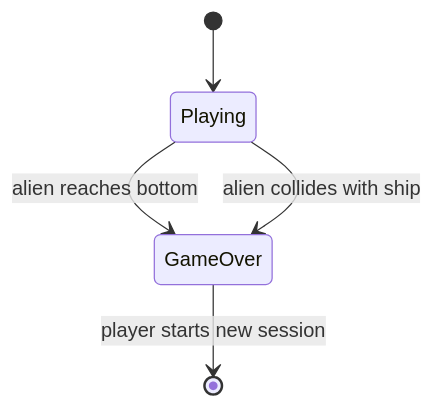
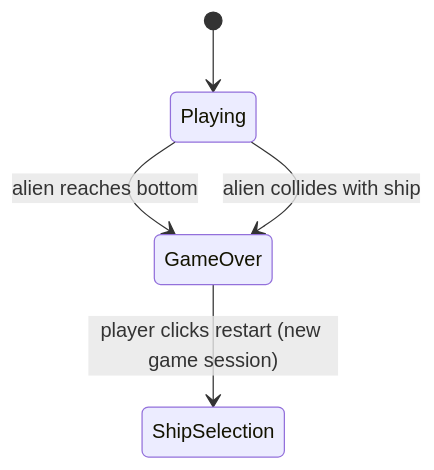
Before and after one commit to akmaier/AlienInvasion: the diagram in docs/use-cases/UC-004-game-ends.md, drawn with Mermaid. The commit also changed other lines of this file and 4 other files, not shown here.

First line of the commit message:
DRAFT for akmaier's acceptance: architecture and UC-004 follow the restart button

````diff
--- a/docs/use-cases/UC-004-game-ends.md
+++ b/docs/use-cases/UC-004-game-ends.md
@@ -47,7 +54,7 @@
 ```mermaid
 stateDiagram-v2
     [*] --> Playing
     Playing --> GameOver: alien reaches bottom
     Playing --> GameOver: alien collides with ship
-    GameOver --> [*]: player starts new session
+    GameOver --> ShipSelection: player clicks restart (new game session)
 ```
````
